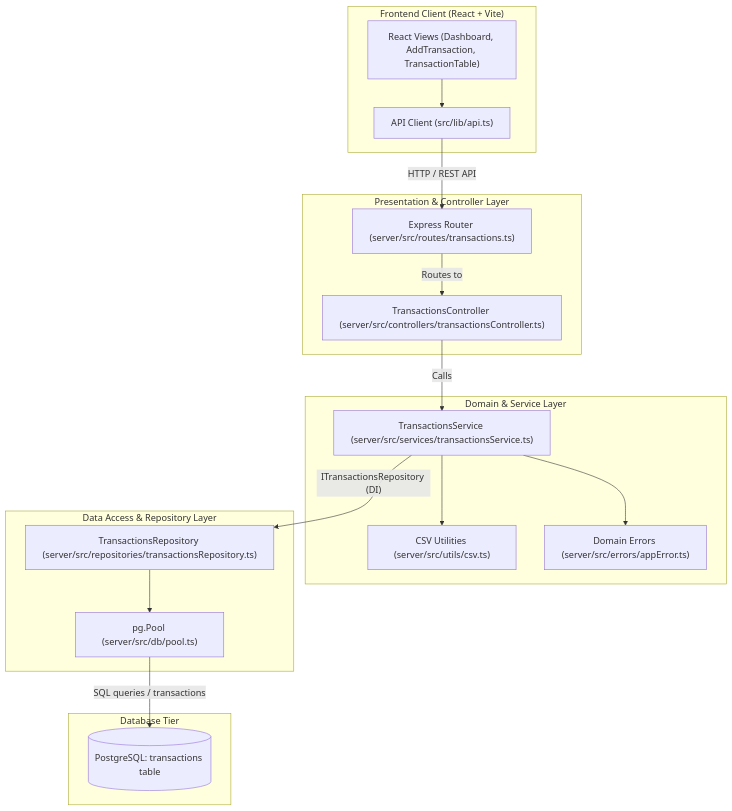
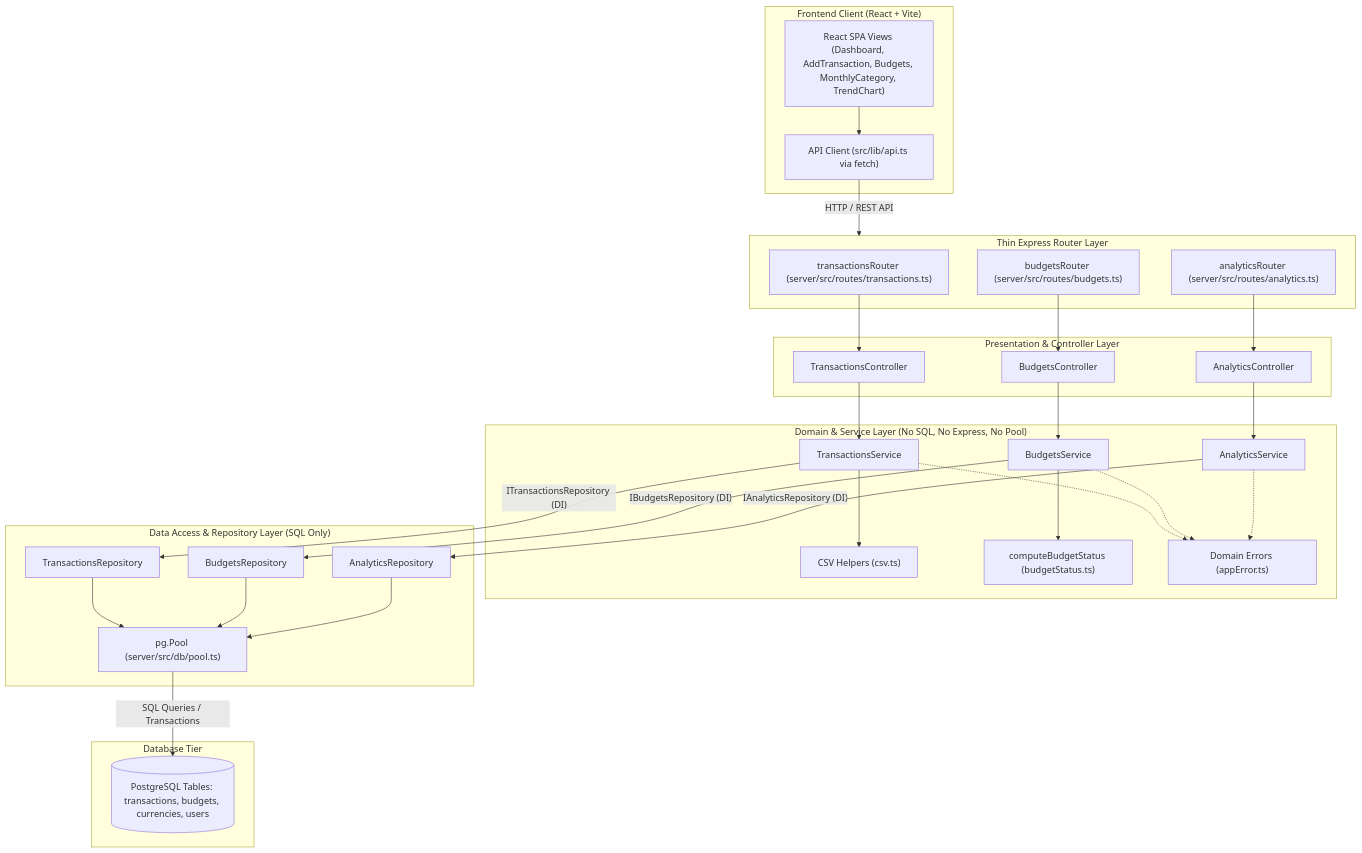
One commit to saadnaeem24k-3074/ExpenseMatee changed the diagram in docs/architecture-after.md. Above: the diagram before and after it, drawn with Mermaid. The commit also changed other lines of this file and 15 other files, not shown here.

Commit message:
refactor(budgets): layered budgets and monthly summary with unit tests

````diff
--- a/docs/architecture-after.md
+++ b/docs/architecture-after.md
@@ -41,29 +46,48 @@
 ```mermaid
 flowchart TD
     subgraph Client["Frontend Client (React + Vite)"]
-        UI["React Views (Dashboard, AddTransaction, TransactionTable)"]
-        ApiClient["API Client (src/lib/api.ts)"]
+        UI["React SPA Views (Dashboard, AddTransaction, Budgets, MonthlyCategory, TrendChart)"]
+        ApiClient["API Client (src/lib/api.ts via fetch)"]
         UI --> ApiClient
     end
 
-    ApiClient -->|"HTTP / REST API"| Router["Express Router (server/src/routes/transactions.ts)"]
+    ApiClient -->|"HTTP / REST API"| Routes
+
+    subgraph Routes["Thin Express Router Layer"]
+        TxRoute["transactionsRouter (server/src/routes/transactions.ts)"]
+        BudgetRoute["budgetsRouter (server/src/routes/budgets.ts)"]
+        AnalyticsRoute["analyticsRouter (server/src/routes/analytics.ts)"]
+    end
 
     subgraph Presentation["Presentation & Controller Layer"]
-        Router -->|"Routes to"| Controller["TransactionsController (server/src/controllers/transactionsController.ts)"]
+        TxRoute --> TxController["TransactionsController"]
+        BudgetRoute --> BudgetController["BudgetsController"]
+        AnalyticsRoute --> AnalyticsController["AnalyticsController"]
     end
 
-    subgraph Domain["Domain & Service Layer"]
-        Controller -->|"Calls"| Service["TransactionsService (server/src/services/transactionsService.ts)"]
-        Service --> CsvUtil["CSV Utilities (server/src/utils/csv.ts)"]
-        Service --> ErrorTypes["Domain Errors (server/src/errors/appError.ts)"]
+    subgraph Domain["Domain & Service Layer (No SQL, No Express, No Pool)"]
+        TxController --> TxService["TransactionsService"]
+        BudgetController --> BudgetService["BudgetsService"]
+        AnalyticsController --> AnalyticsService["AnalyticsService"]
+
+        TxService --> CsvUtil["CSV Helpers (csv.ts)"]
+        BudgetService --> BudgetUtil["computeBudgetStatus (budgetStatus.ts)"]
+        TxService -.-> Errors["Domain Errors (appError.ts)"]
+        BudgetService -.-> Errors
+        AnalyticsService -.-> Errors
     end
 
-    subgraph DataAccess["Data Access & Repository Layer"]
-        Service -->|"ITransactionsRepository (DI)"| Repo["TransactionsRepository (server/src/repositories/transactionsRepository.ts)"]
-        Repo --> Pool["pg.Pool (server/src/db/pool.ts)"]
+    subgraph DataAccess["Data Access & Repository Layer (SQL Only)"]
+        TxService -->|"ITransactionsRepository (DI)"| TxRepo["TransactionsRepository"]
+        BudgetService -->|"IBudgetsRepository (DI)"| BudgetRepo["BudgetsRepository"]
+        AnalyticsService -->|"IAnalyticsRepository (DI)"| AnalyticsRepo["AnalyticsRepository"]
+
+        TxRepo --> Pool["pg.Pool (server/src/db/pool.ts)"]
+        BudgetRepo --> Pool
+        AnalyticsRepo --> Pool
     end
 
     subgraph Storage["Database Tier"]
-        Pool -->|"SQL queries / transactions"| DB[("PostgreSQL: transactions table")]
+        Pool -->|"SQL Queries / Transactions"| DB[("PostgreSQL Tables: transactions, budgets, currencies, users")]
     end
 ```
````
